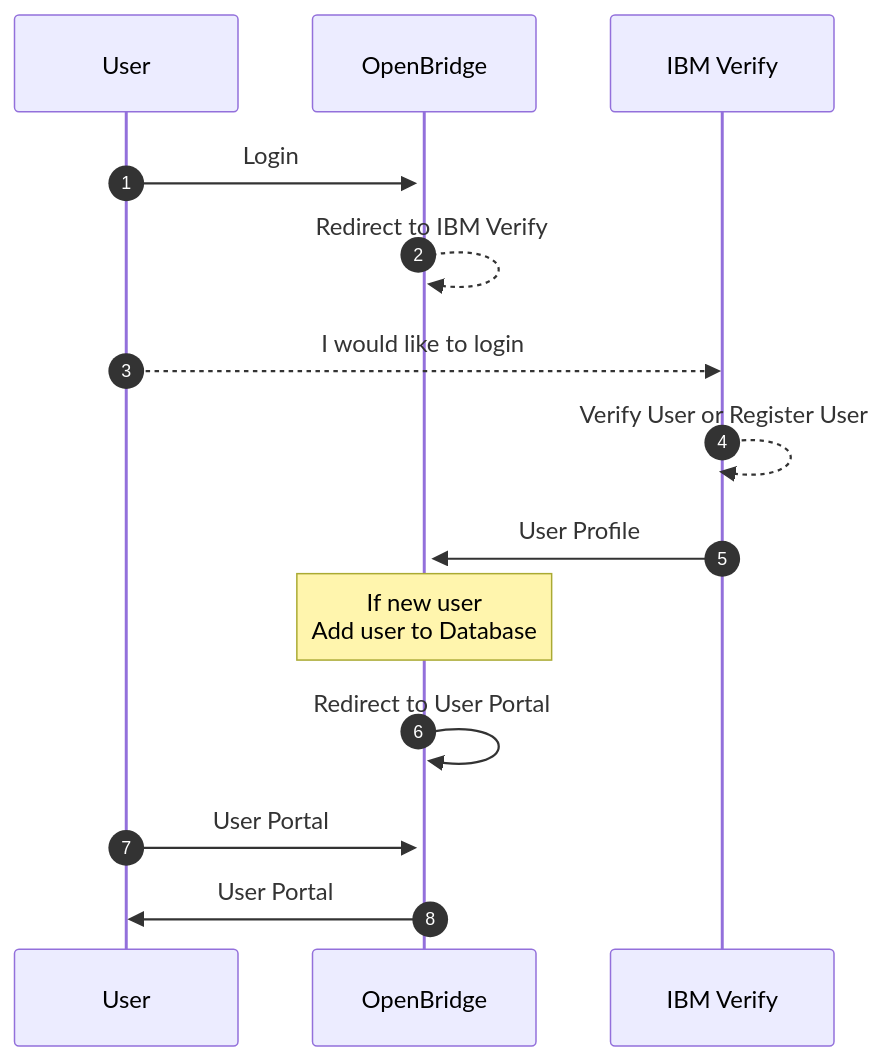
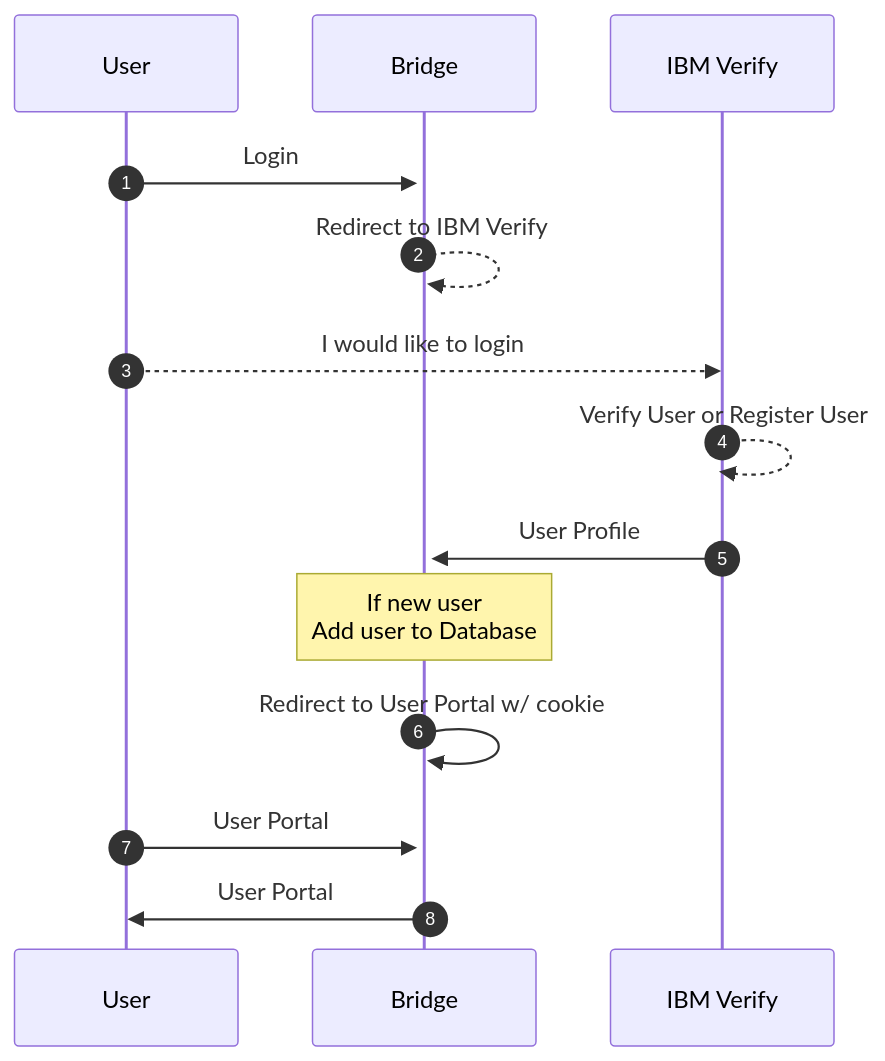
The second of 3 diagrams in doc/runbook.md (acceleratedscience/bridge), drawn with Mermaid before and after one commit. The commit also changed other lines of this file and 4 other files, not shown here.

````diff
--- a/doc/runbook.md
+++ b/doc/runbook.md
@@ -28,13 +73,13 @@
 ```mermaid
 sequenceDiagram
 	autonumber
-	User ->>+ OpenBridge: Login
-	OpenBridge -->> OpenBridge: Redirect to IBM Verify
+	User ->>+ Bridge: Login
+	Bridge -->> Bridge: Redirect to IBM Verify
 	User -->> IBM Verify: I would like to login
 	IBM Verify -->> IBM Verify: Verify User or Register User
-	IBM Verify ->> OpenBridge: User Profile
-	Note over OpenBridge: If new user<br>Add user to Database
-	OpenBridge ->> OpenBridge: Redirect to User Portal
-	User ->> OpenBridge: User Portal
-	OpenBridge ->> User: User Portal
+	IBM Verify ->> Bridge: User Profile
+	Note over Bridge: If new user<br>Add user to Database
+	Bridge ->> Bridge: Redirect to User Portal w/ cookie
+	User ->> Bridge: User Portal
+	Bridge ->> User: User Portal
 ```
````
